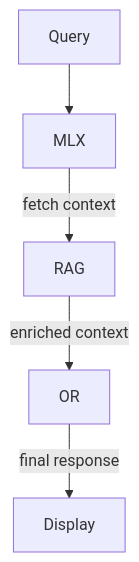
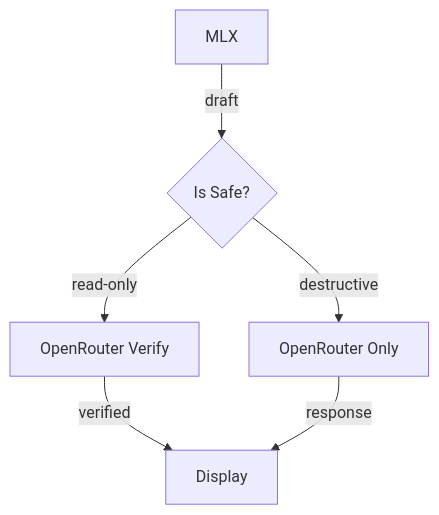
The fourth of 4 diagrams in plans/speculative_decoding_plan.md (jtrefon/ai-ide), drawn with Mermaid before and after one commit. The commit also changed other lines of this file and 46 other files, not shown here.

````diff
--- a/plans/speculative_decoding_plan.md
+++ b/plans/speculative_decoding_plan.md
@@ -106,7 +83,9 @@
 ```mermaid
 flowchart TB
-    Query --> MLX
-    MLX -->|fetch context| RAG
-    RAG -->|enriched context| OR
-    OR -->|final response| Display
+    MLX -->|draft| SafeCheck{Is Safe?}
+    SafeCheck -->|read-only| OR[OpenRouter Verify]
+    SafeCheck -->|destructive| OR2[OpenRouter Only]
+    
+    OR -->|verified| Display
+    OR2 -->|response| Display
 ```
````
